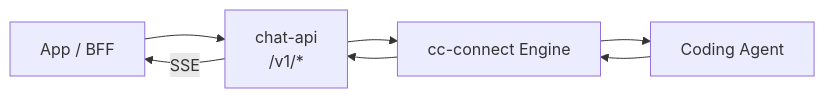
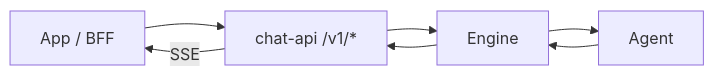
One commit to lengzhao/cc-connect changed the diagram in docs/chat-api.zh-CN.md. Above: the diagram before and after it, drawn with Mermaid. The commit also changed other lines of this file and 12 other files, not shown here.

First line of the commit message:
feat(chat-api) add optional channel header and align API docs

````diff
--- a/docs/chat-api.zh-CN.md
+++ b/docs/chat-api.zh-CN.md
@@ -20,14 +20,14 @@
 ```mermaid
 flowchart LR
-  App[App / BFF]
-  API["chat-api\n/v1/*"]
-  Eng[cc-connect Engine]
-  Agent[Coding Agent]
+  Client[App / BFF]
+  API["chat-api /v1/*"]
+  Eng[Engine]
+  Agent[Agent]
 
-  App --> API
+  Client --> API
   API --> Eng
   Eng --> Agent
   Agent --> Eng
   Eng --> API
-  API -->|SSE| App
+  API -->|SSE| Client
 ```
````
